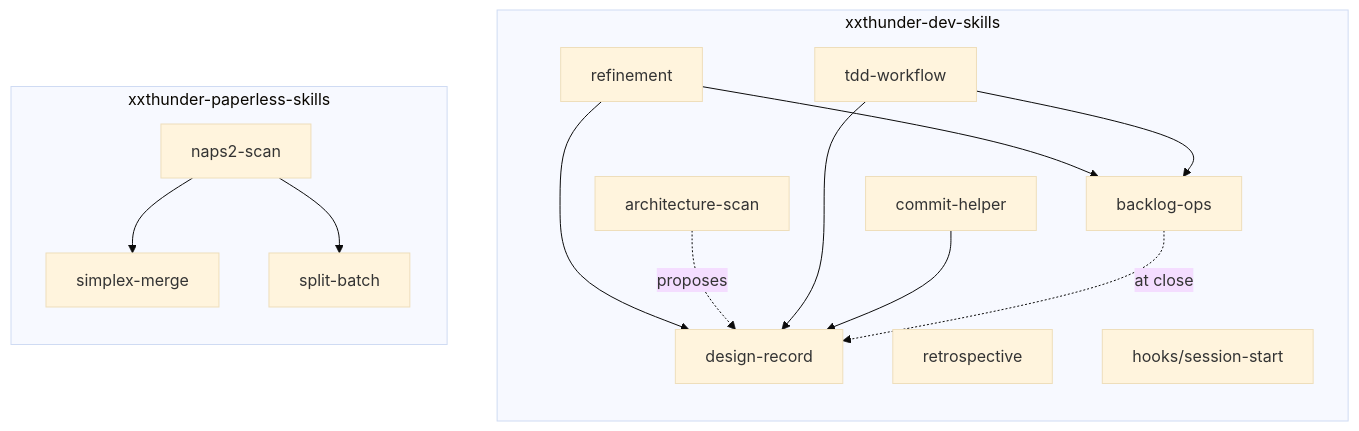
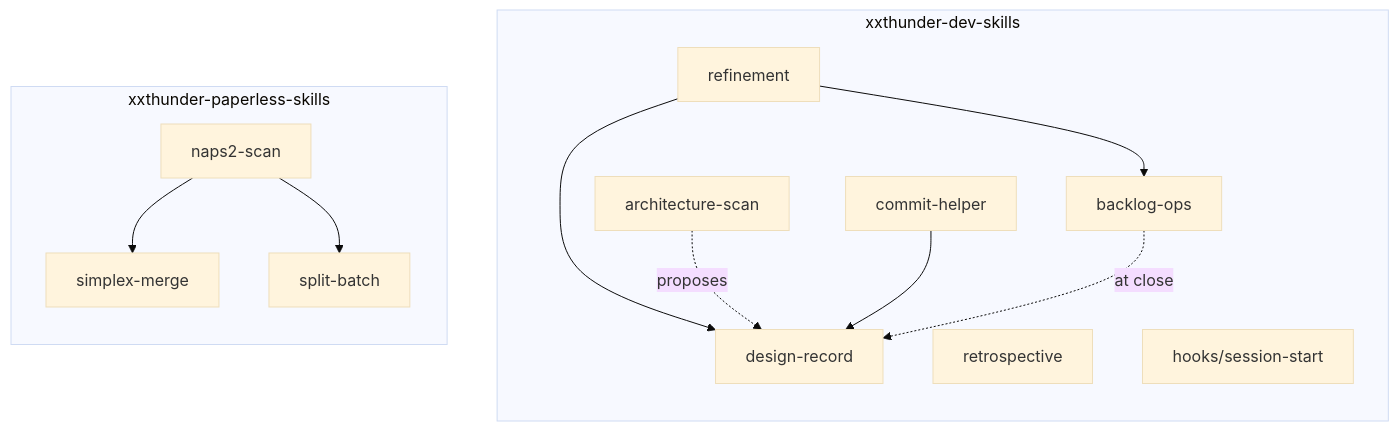
Before and after one commit to xxthunder/my-agentic-skills: the third of 4 diagrams in docs/architecture.md, drawn with Mermaid (base theme). The commit also changed other lines of this file and 9 other files, not shown here.

First line of the commit message:
feat(dev-skills)!: remove tdd-workflow (XAS-030)

````diff
--- a/docs/architecture.md
+++ b/docs/architecture.md
@@ -59,20 +59,18 @@
 ```mermaid
 flowchart TB
     subgraph dev["xxthunder-dev-skills"]
         direction TB
         refinement --> backlog["backlog-ops"]
         refinement --> record["design-record"]
         scan["architecture-scan"] -.proposes.-> record
-        tdd["tdd-workflow"] --> backlog
-        tdd --> record
         commit["commit-helper"] --> record
         backlog -.at close.-> record
         retro["retrospective"]
         hook["hooks/session-start"]
     end
     subgraph paper["xxthunder-paperless-skills"]
         direction TB
         scanp["naps2-scan"] --> merge["simplex-merge"]
         scanp --> split["split-batch"]
     end
 ```
````
